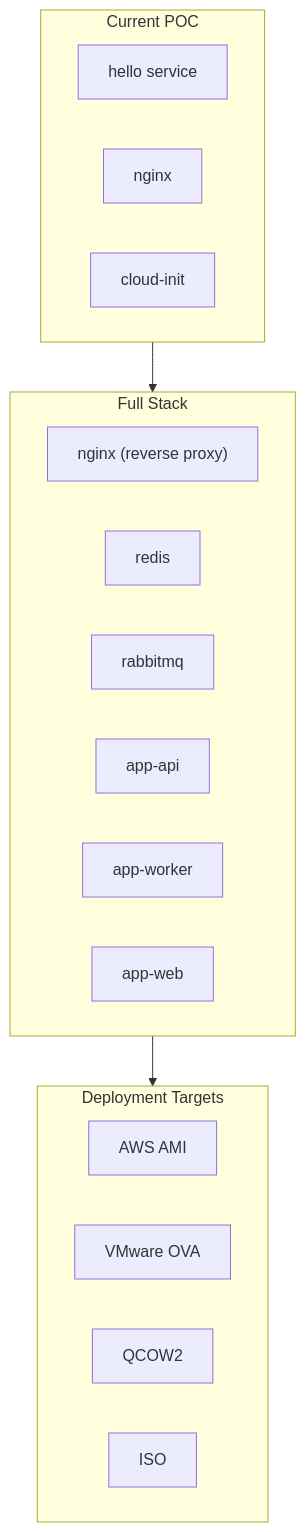
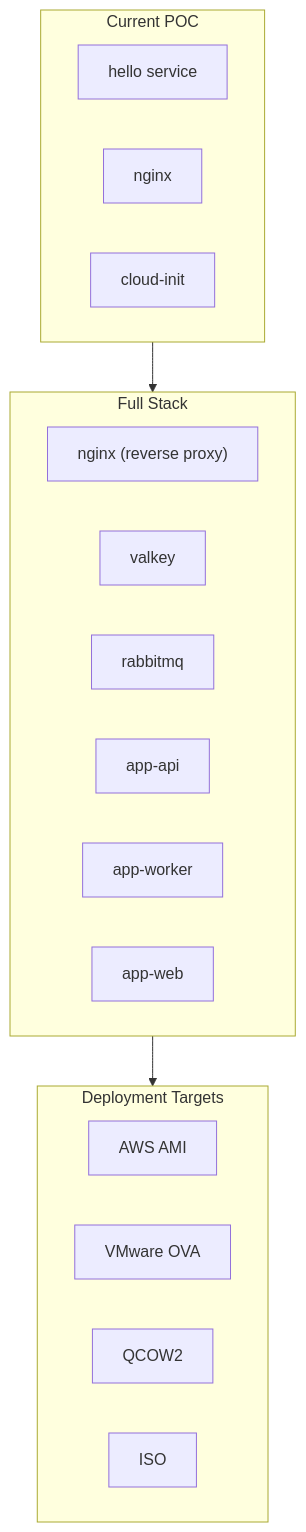
Before and after one commit to duyhenryer/bootc-testboot: the seventh of 7 diagrams in docs/project/001-architecture-overview.md, drawn with Mermaid. The commit also changed other lines of this file and 25 other files, not shown here.

Commit message:
docs: replace redis with valkey and update arch notes

````diff
--- a/docs/project/001-architecture-overview.md
+++ b/docs/project/001-architecture-overview.md
@@ -267,27 +267,27 @@
 ```mermaid
 flowchart TB
     subgraph POC["Current POC"]
         H[hello service]
         N[nginx]
         CI[cloud-init]
     end
 
     subgraph Production["Full Stack"]
         N2["nginx (reverse proxy)"]
-        R[redis]
+        V[valkey]
         M[rabbitmq]
         A1[app-api]
         A2[app-worker]
         A3[app-web]
     end
 
     subgraph Targets["Deployment Targets"]
         AMI[AWS AMI]
         OVA[VMware OVA]
         QCOW[QCOW2]
         ISO[ISO]
     end
 
     POC --> Production
     Production --> Targets
 ```
````
